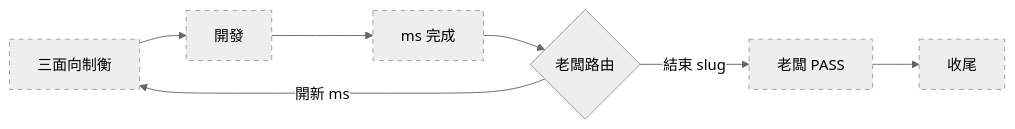
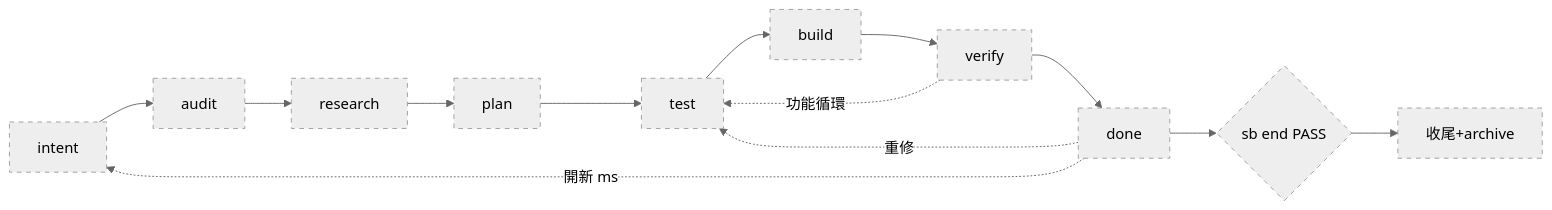
One commit to teps3105/shiftblame changed the first of 3 diagrams in skills/shiftblame/assets/SLUG.md. Above: the diagram before and after it, drawn with Mermaid (neutral theme). The commit also changed other lines of this file and 26 other files, not shown here.

````diff
--- a/skills/shiftblame/assets/SLUG.md
+++ b/skills/shiftblame/assets/SLUG.md
@@ -54,10 +60,12 @@
 ```mermaid
 flowchart LR
-    A[三面向制衡]:::todo --> B[開發]:::todo --> C[ms 完成]:::todo
-    C --> D{老闆路由}
-    D -- 開新 ms --> A
-    D -- 結束 slug --> E[老闆 PASS]:::todo --> F[收尾]:::todo
+    A[intent]:::todo --> B[audit]:::todo --> C[research]:::todo --> D[plan]:::todo
+    D --> E[test]:::todo --> F[build]:::todo --> G[verify]:::todo --> H[done]:::todo
+    G -.->|功能循環| E
+    H -.->|重修| E
+    H -.->|開新 ms| A
+    H --> I{sb end PASS}:::todo --> J[收尾+archive]:::todo
     classDef done fill:#c8e6c9,stroke:#388e3c
     classDef active fill:#ffe082,stroke:#f57f17,stroke-width:3px
     classDef todo fill:#eeeeee,stroke:#9e9e9e,stroke-dasharray: 5 5
 ```
````
